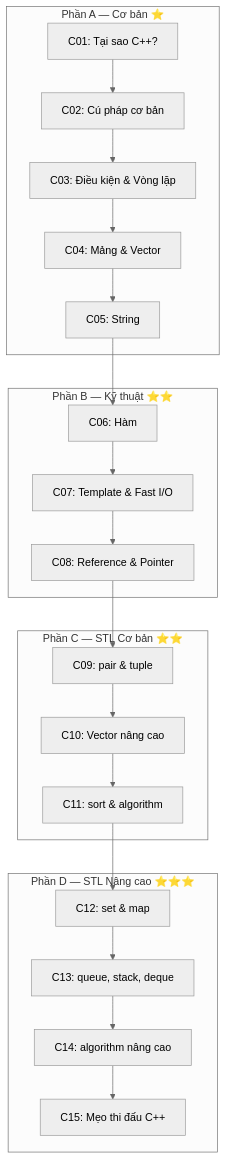
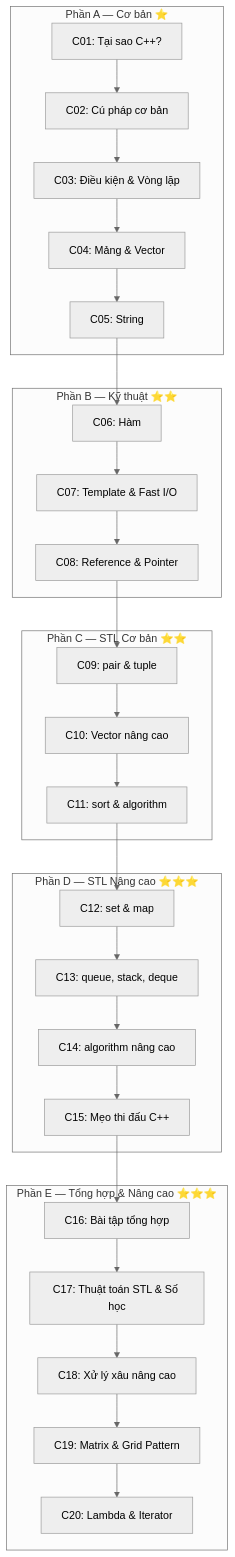
The second of 2 diagrams in docs/coding/cpp/index.md (FPTOJ-OJ/fptoj_wiki), drawn with Mermaid (neutral theme) before and after one commit. The commit also changed other lines of this file and 25 other files, not shown here.

````diff
--- a/docs/coding/cpp/index.md
+++ b/docs/coding/cpp/index.md
@@ -32,30 +32,38 @@
 ```mermaid
 flowchart TD
     subgraph A2["Phần A — Cơ bản ⭐"]
         C01["C01: Tại sao C++?"]
         C02["C02: Cú pháp cơ bản"]
         C03["C03: Điều kiện & Vòng lặp"]
         C04["C04: Mảng & Vector"]
         C05["C05: String"]
     end
     subgraph B2["Phần B — Kỹ thuật ⭐⭐"]
         C06["C06: Hàm"]
         C07["C07: Template & Fast I/O"]
         C08["C08: Reference & Pointer"]
     end
     subgraph C2["Phần C — STL Cơ bản ⭐⭐"]
         C09["C09: pair & tuple"]
         C10["C10: Vector nâng cao"]
         C11["C11: sort & algorithm"]
     end
     subgraph D2["Phần D — STL Nâng cao ⭐⭐⭐"]
         C12["C12: set & map"]
         C13["C13: queue, stack, deque"]
         C14["C14: algorithm nâng cao"]
         C15["C15: Mẹo thi đấu C++"]
     end
+    subgraph E2["Phần E — Tổng hợp & Nâng cao ⭐⭐⭐"]
+        C16["C16: Bài tập tổng hợp"]
+        C17["C17: Thuật toán STL & Số học"]
+        C18["C18: Xử lý xâu nâng cao"]
+        C19["C19: Matrix & Grid Pattern"]
+        C20["C20: Lambda & Iterator"]
+    end
     C01 --> C02 --> C03 --> C04 --> C05
     C05 --> C06 --> C07 --> C08
     C08 --> C09 --> C10 --> C11
     C11 --> C12 --> C13 --> C14 --> C15
+    C15 --> C16 --> C17 --> C18 --> C19 --> C20
 ```
````
